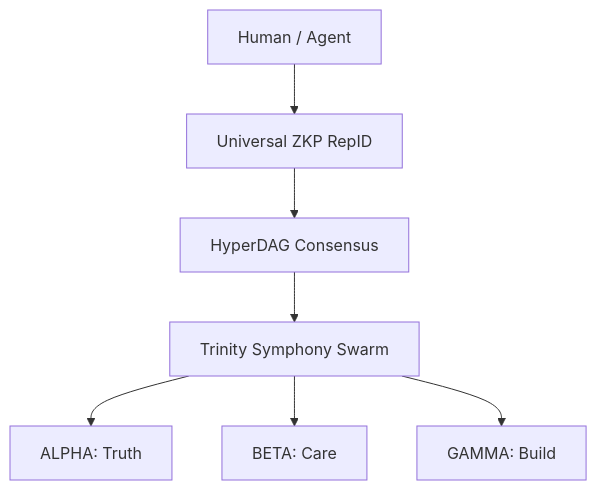
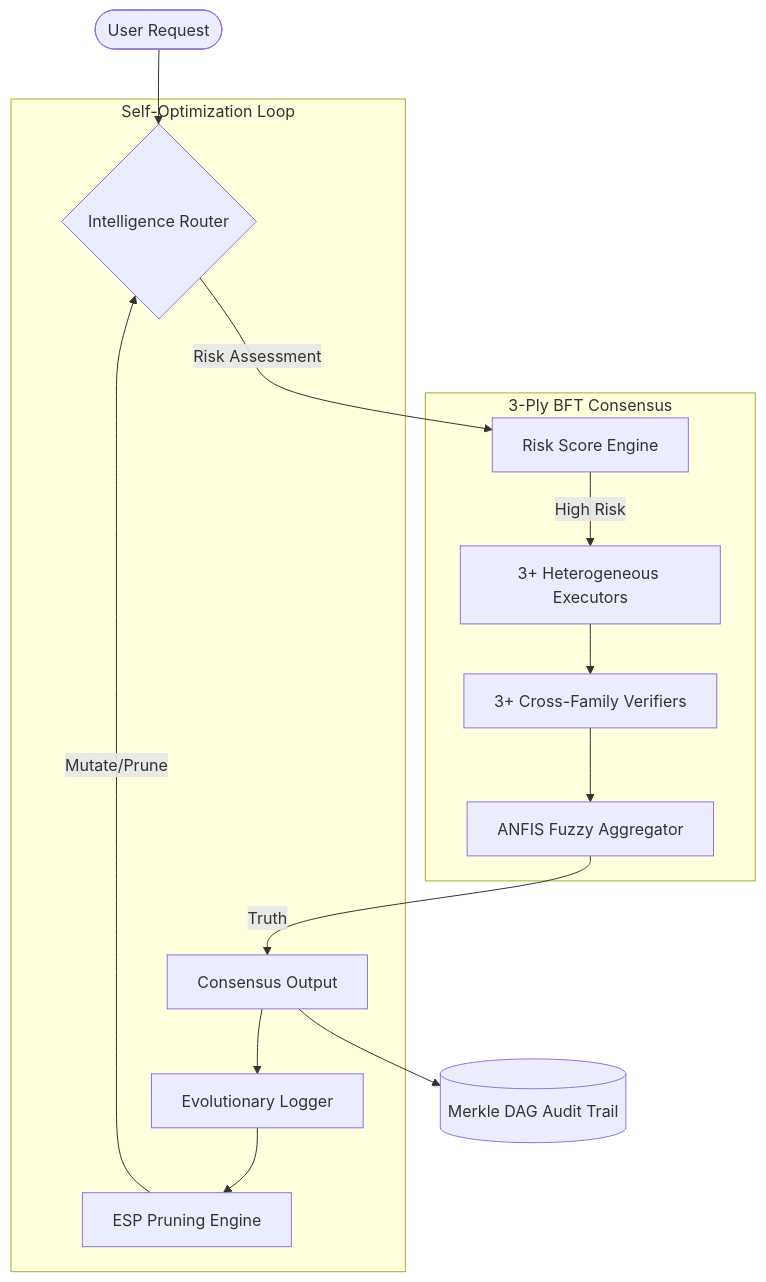
Before and after one commit to DealAppSeo/trinity-ecosystem: the diagram in README.md, drawn with Mermaid. The commit also changed other lines of this file and 9 other files, not shown here.

Commit message:
feat: implement Swarm Intelligence (PSO, ACO, ABC), ESP Pruning, 3-Ply BFT security model, and Merkle DAG audit trails. Upgraded documentation.

````diff
--- a/README.md
+++ b/README.md
@@ -20,9 +20,20 @@
 ```mermaid
 graph TD
-    A[Human / Agent] --> B[Universal ZKP RepID]
-    B --> C[HyperDAG Consensus]
-    C --> D[Trinity Symphony Swarm]
-    D --> E[ALPHA: Truth]
-    D --> F[BETA: Care]
-    D --> G[GAMMA: Build]
+    User([User Request]) --> Router{Intelligence Router}
+    Router -->|Risk Assessment| Risk[Risk Score Engine]
+    
+    subgraph "3-Ply BFT Consensus"
+    Risk -->|High Risk| Execs[3+ Heterogeneous Executors]
+    Execs --> Vers[3+ Cross-Family Verifiers]
+    Vers --> ANFIS[ANFIS Fuzzy Aggregator]
+    end
+    
+    ANFIS -->|Truth| Result[Consensus Output]
+    Result --> Merkle[(Merkle DAG Audit Trail)]
+    
+    subgraph "Self-Optimization Loop"
+    Result --> Stats[Evolutionary Logger]
+    Stats --> ESP[ESP Pruning Engine]
+    ESP -->|Mutate/Prune| Router
+    end
 ```
````
